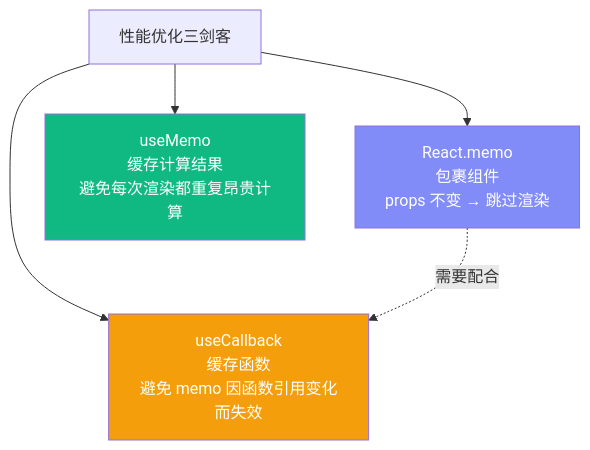
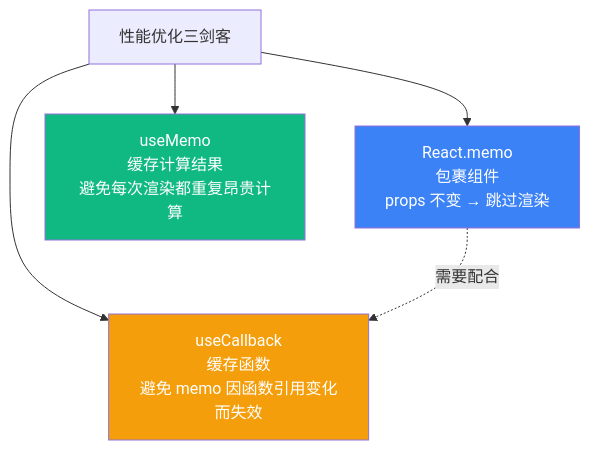
One commit to boltguo/react_learn changed the fifth of 7 diagrams in docs/Lesson_06.md. Above: the diagram before and after it, drawn with Mermaid. The commit also changed other lines of this file and 31 other files, not shown here.

Commit message:
docs: 统一Mermaid术语与配色层级

````diff
--- a/docs/Lesson_06.md
+++ b/docs/Lesson_06.md
@@ -302,14 +314,14 @@
 ```mermaid
 flowchart TB
     A["性能优化三剑客"]
     
     A --> B["React.memo<br/>包裹组件<br/>props 不变 → 跳过渲染"]
     A --> C["useCallback<br/>缓存函数<br/>避免 memo 因函数引用变化而失效"]
     A --> D["useMemo<br/>缓存计算结果<br/>避免每次渲染都重复昂贵计算"]
     
     B -.->|"需要配合"| C
     
-    style B fill:#818cf8,color:#fff
+    style B fill:#3b82f6,color:#fff
     style C fill:#f59e0b,color:#fff
     style D fill:#10b981,color:#fff
 ```
````
